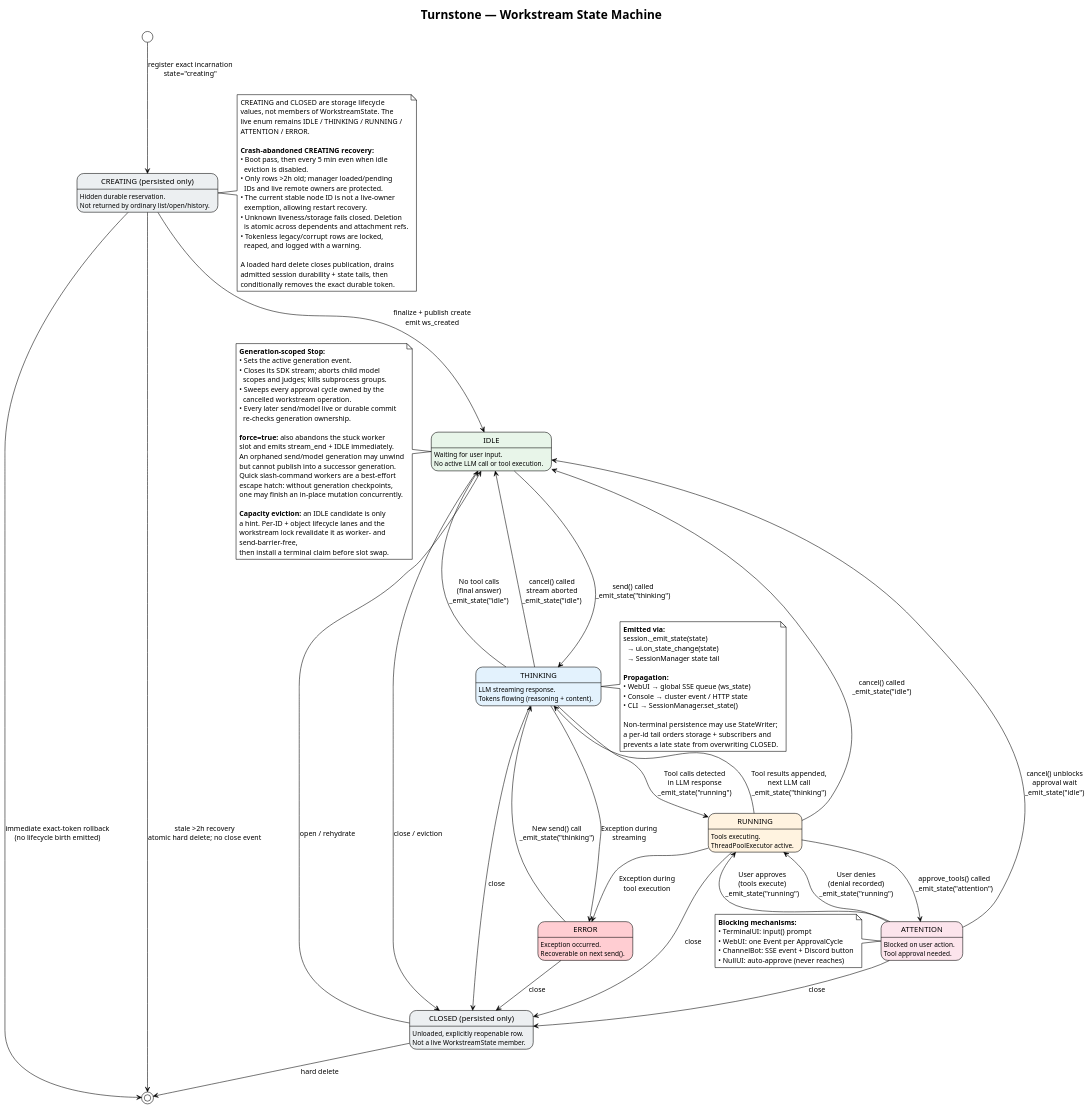
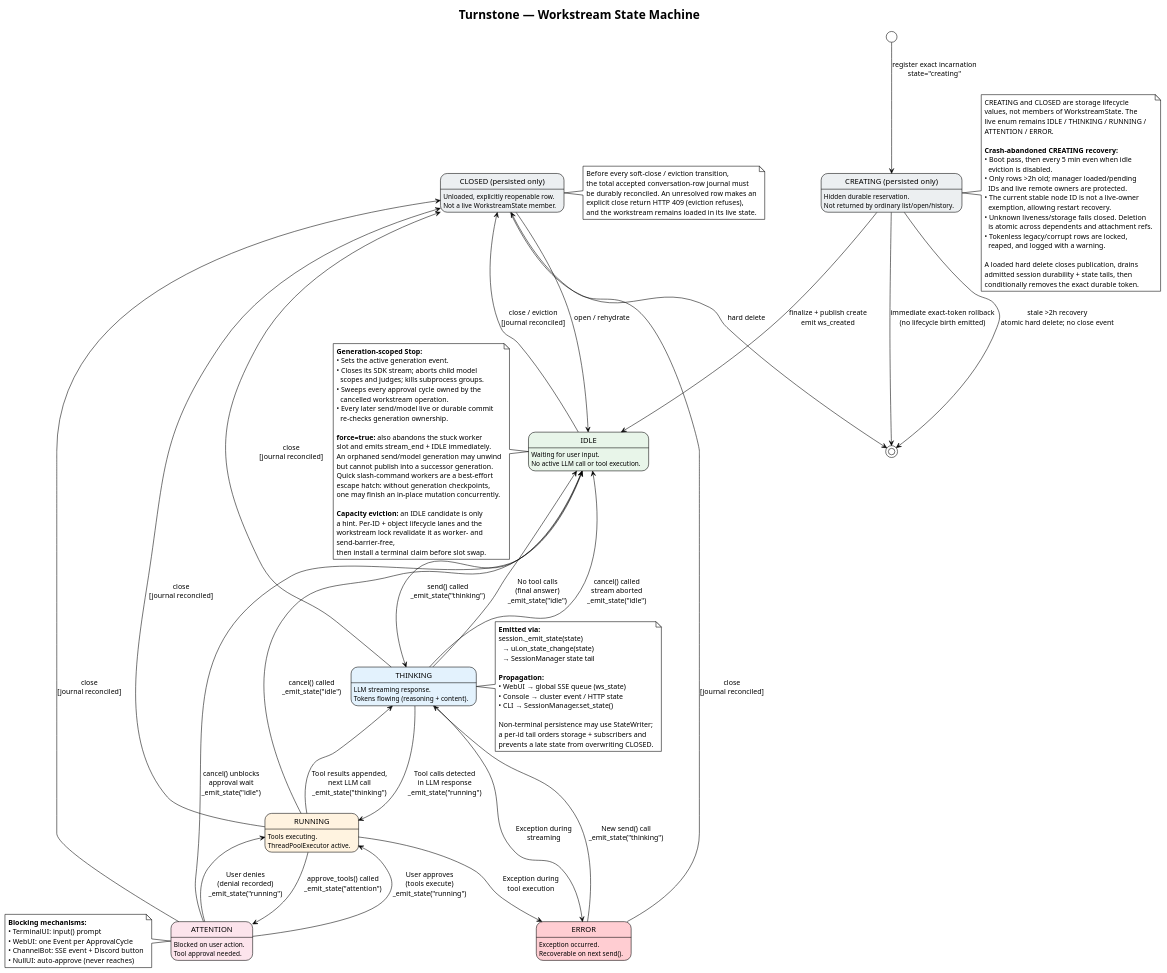
The diagram in docs/diagrams/09-workstream-states.puml (turnstonelabs/turnstone), drawn with PlantUML before and after one commit. The commit also changed 132 other files, not shown here.

```diff
--- a/docs/diagrams/09-workstream-states.puml
+++ b/docs/diagrams/09-workstream-states.puml
@@ -1,133 +1,141 @@
 @startuml
 !theme plain
 title Turnstone — Workstream State Machine
 
 skinparam state {
     BackgroundColor<<lifecycle>> #ECEFF1
     BackgroundColor<<idle>> #E8F5E9
     BackgroundColor<<thinking>> #E3F2FD
     BackgroundColor<<running>> #FFF3E0
     BackgroundColor<<attention>> #FCE4EC
     BackgroundColor<<error>> #FFCDD2
 }
 
 state "CREATING (persisted only)" as creating <<lifecycle>> : Hidden durable reservation.\nNot returned by ordinary list/open/history.
 state "IDLE" as idle <<idle>> : Waiting for user input.\nNo active LLM call or tool execution.
 state "THINKING" as thinking <<thinking>> : LLM streaming response.\nTokens flowing (reasoning + content).
 state "RUNNING" as running <<running>> : Tools executing.\nThreadPoolExecutor active.
 state "ATTENTION" as attention <<attention>> : Blocked on user action.\nTool approval needed.
 state "ERROR" as error <<error>> : Exception occurred.\nRecoverable on next send().
 state "CLOSED (persisted only)" as closed <<lifecycle>> : Unloaded, explicitly reopenable row.\nNot a live WorkstreamState member.
 
 [*] --> creating : register exact incarnation\nstate="creating"
 creating --> idle : finalize + publish create\nemit ws_created
 creating --> [*] : immediate exact-token rollback\n(no lifecycle birth emitted)
 creating --> [*] : stale >2h recovery\natomic hard delete; no close event
 
 idle --> thinking : send() called\n_emit_state("thinking")
 
 thinking --> running : Tool calls detected\nin LLM response\n_emit_state("running")
 
 thinking --> idle : No tool calls\n(final answer)\n_emit_state("idle")
 
 thinking --> error : Exception during\nstreaming
 
 running --> attention : approve_tools() called\n_emit_state("attention")
 
 attention --> running : User approves\n(tools execute)\n_emit_state("running")
 
 attention --> running : User denies\n(denial recorded)\n_emit_state("running")
 
 running --> thinking : Tool results appended,\nnext LLM call\n_emit_state("thinking")
 
 running --> error : Exception during\ntool execution
 
 error --> thinking : New send() call\n_emit_state("thinking")
 
-idle --> closed : close / eviction
-error --> closed : close
-thinking --> closed : close
-running --> closed : close
-attention --> closed : close
+idle --> closed : close / eviction\n[journal reconciled]
+error --> closed : close\n[journal reconciled]
+thinking --> closed : close\n[journal reconciled]
+running --> closed : close\n[journal reconciled]
+attention --> closed : close\n[journal reconciled]
 closed --> [*] : hard delete
 closed --> idle : open / rehydrate
+
+note right of closed
+  Before every soft-close / eviction transition,
+  the total accepted conversation-row journal must
+  be durably reconciled. An unresolved row makes an
+  explicit close return HTTP 409 (eviction refuses),
+  and the workstream remains loaded in its live state.
+end note
 
 thinking --> idle : cancel() called\nstream aborted\n_emit_state("idle")
 
 running --> idle : cancel() called\n_emit_state("idle")
 
 attention --> idle : cancel() unblocks\napproval wait\n_emit_state("idle")
 
 note left of idle
   **Generation-scoped Stop:**
   • Sets the active generation event.
   • Closes its SDK stream; aborts child model
     scopes and judges; kills subprocess groups.
   • Sweeps every approval cycle owned by the
     cancelled workstream operation.
   • Every later send/model live or durable commit
     re-checks generation ownership.
 
   **force=true:** also abandons the stuck worker
   slot and emits stream_end + IDLE immediately.
   An orphaned send/model generation may unwind
   but cannot publish into a successor generation.
   Quick slash-command workers are a best-effort
   escape hatch: without generation checkpoints,
   one may finish an in-place mutation concurrently.
 
   **Capacity eviction:** an IDLE candidate is only
   a hint. Per-ID + object lifecycle lanes and the
   workstream lock revalidate it as worker- and
   send-barrier-free,
   then install a terminal claim before slot swap.
 end note
 
 note right of thinking
   **Emitted via:**
   session._emit_state(state)
     → ui.on_state_change(state)
     → SessionManager state tail
 
   **Propagation:**
   • WebUI → global SSE queue (ws_state)
   • Console → cluster event / HTTP state
   • CLI → SessionManager.set_state()
 
   Non-terminal persistence may use StateWriter;
   a per-id tail orders storage + subscribers and
   prevents a late state from overwriting CLOSED.
 end note
 
 note left of attention
   **Blocking mechanisms:**
   • TerminalUI: input() prompt
   • WebUI: one Event per ApprovalCycle
   • ChannelBot: SSE event + Discord button
   • NullUI: auto-approve (never reaches)
 end note
 
 note right of creating
   CREATING and CLOSED are storage lifecycle
   values, not members of WorkstreamState. The
   live enum remains IDLE / THINKING / RUNNING /
   ATTENTION / ERROR.
 
   **Crash-abandoned CREATING recovery:**
   • Boot pass, then every 5 min even when idle
     eviction is disabled.
   • Only rows >2h old; manager loaded/pending
     IDs and live remote owners are protected.
   • The current stable node ID is not a live-owner
     exemption, allowing restart recovery.
   • Unknown liveness/storage fails closed. Deletion
     is atomic across dependents and attachment refs.
   • Tokenless legacy/corrupt rows are locked,
     reaped, and logged with a warning.
 
   A loaded hard delete closes publication, drains
   admitted session durability + state tails, then
   conditionally removes the exact durable token.
 end note
 
 @enduml
```
